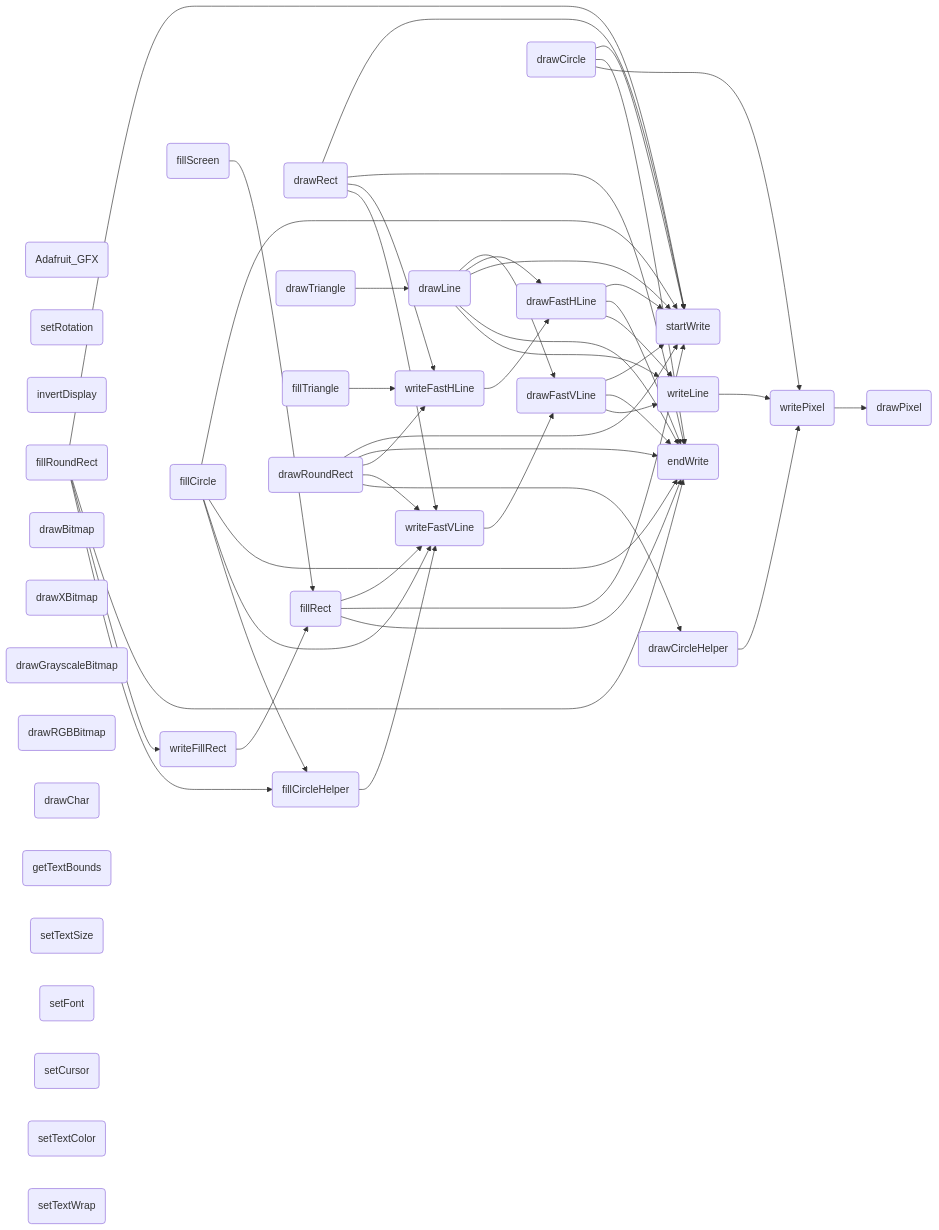
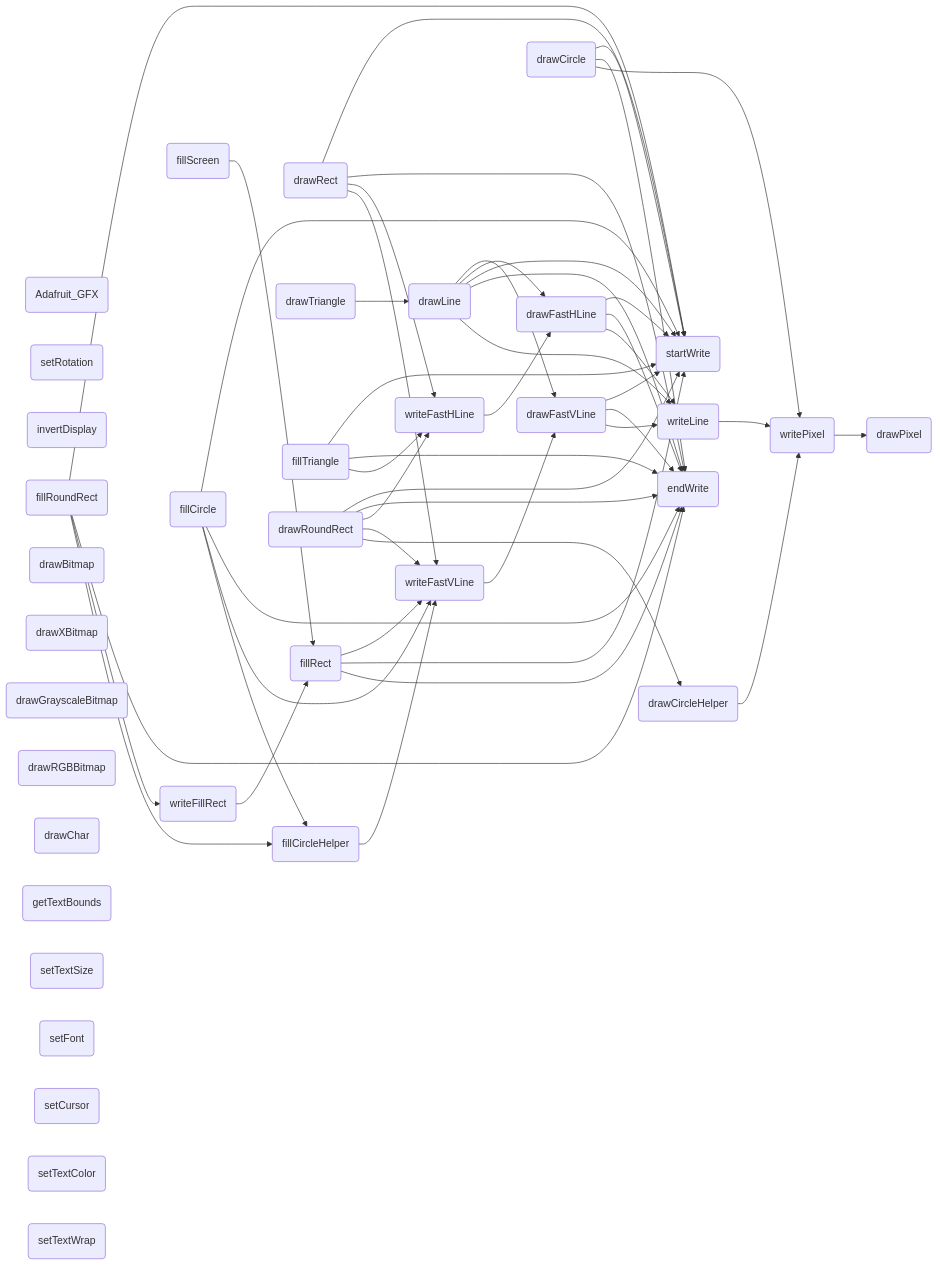
Before and after one commit to icodezhanglei/iodraw-files: the diagram in all/未命名.md, drawn with Mermaid.

Commit message:
2024-09-13 18:36:32 update

````diff
--- a/all/未命名.md
+++ b/all/未命名.md
@@ -1,64 +1,65 @@
 ```mermaid
 flowchart LR
 Adafruit_GF(Adafruit_GFX)
 drawPixel(drawPixel)
 startWrite(startWrite)
 endWrite(endWrite)
 writePixel(writePixel)
 writeFillRect(writeFillRect)
 writeFastVLine(writeFastVLine)
 writeFastHLine(writeFastHLine)
 writeLine(writeLine)
 setRotation(setRotation)
 invertDisplay(invertDisplay)
 drawFastVLine(drawFastVLine)
 drawFastHLine(drawFastHLine)
 fillRect(fillRect)
 fillScreen(fillScreen)
 drawLine(drawLine)
 drawRect(drawRect)
 drawCircle(drawCircle)
 drawCircleHelper(drawCircleHelper)
 fillCircle(fillCircle)
 fillCircleHelper(fillCircleHelper)
 drawTriangle(drawTriangle)
 fillTriangle(fillTriangle)
 drawRoundRect(drawRoundRect)
 fillRoundRect(fillRoundRect)
 drawBitmap(drawBitmap)
 drawXBitmap(drawXBitmap)
 drawGrayscaleBitmap(drawGrayscaleBitmap)
 drawRGBBitmap(drawRGBBitmap)
 drawChar(drawChar)
 getTextBounds(getTextBounds)
 setTextSize(setTextSize)
 setFont(setFont)
 setCursor(setCursor)
 setTextColor(setTextColor)
 setTextWrap(setTextWrap)
 
 writeLine --> writePixel --> drawPixel
 
 writeFastVLine --> drawFastVLine --> startWrite & endWrite
 drawFastVLine --> writeLine
 
 writeFastHLine --> drawFastHLine --> startWrite & endWrite
 drawFastHLine --> writeLine
 
 writeFillRect --> fillRect --> writeFastVLine & startWrite & endWrite
 
 fillScreen --> fillRect
 drawLine --> drawFastVLine & drawFastHLine & startWrite & endWrite & writeLine
 drawCircle --> startWrite & endWrite & writePixel
 drawCircleHelper --> writePixel
 fillCircle --> startWrite & endWrite & writeFastVLine & fillCircleHelper
 fillCircleHelper --> writeFastVLine
 drawRect --> startWrite & endWrite & writeFastHLine & writeFastVLine
 drawRoundRect --> startWrite & endWrite & writeFastHLine & writeFastVLine & drawCircleHelper
 fillRoundRect --> startWrite & endWrite & writeFillRect & fillCircleHelper
 drawTriangle --> drawLine
-fillTriangle --> writeFastHLine
+fillTriangle --> startWrite & endWrite & writeFastHLine
+
 
 
 
 ```
````
